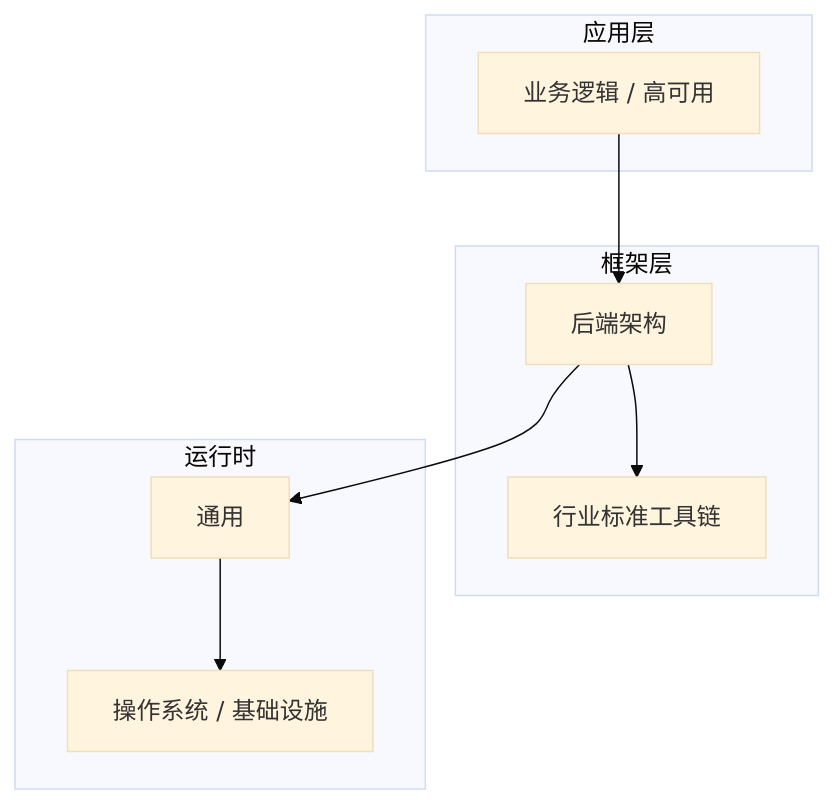
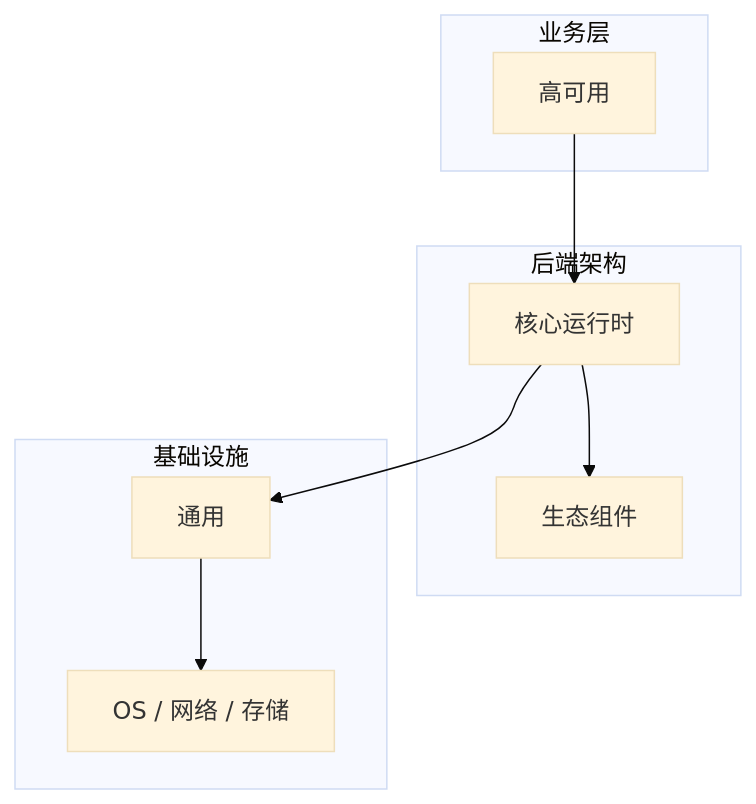
The diagram in articles/后端架构/chapters/086-高可用核心概念与原理.md (yanggan2015/knowledge-json-v2), drawn with Mermaid (base theme) before and after one commit. The commit also changed other lines of this file and 10127 other files, not shown here.

````diff
--- a/articles/后端架构/chapters/086-高可用核心概念与原理.md
+++ b/articles/后端架构/chapters/086-高可用核心概念与原理.md
@@ -45,18 +34,18 @@
 ```mermaid
 graph TB
-    subgraph 应用层
-        A[业务逻辑 / 高可用]
+    subgraph 业务层
+        A[高可用]
     end
-    subgraph 框架层
-        B[后端架构]
-        C[行业标准工具链]
+    subgraph 后端架构
+        B[核心运行时]
+        C[生态组件]
     end
-    subgraph 运行时
+    subgraph 基础设施
         D[通用]
-        E[操作系统 / 基础设施]
+        E[OS / 网络 / 存储]
     end
     A --> B
     B --> C
     B --> D
     D --> E
 ```
````
